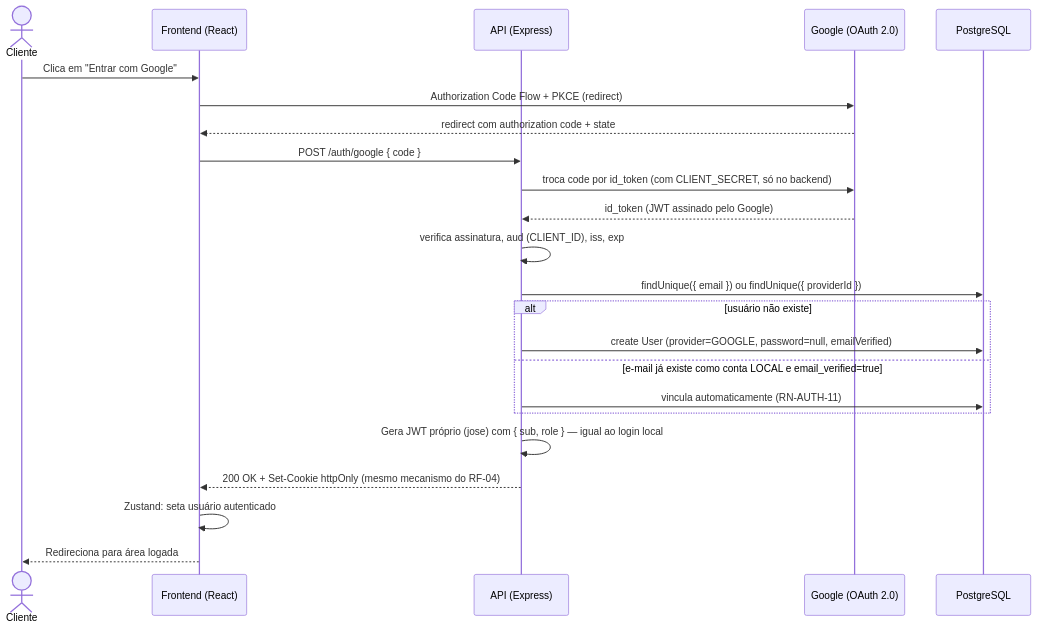
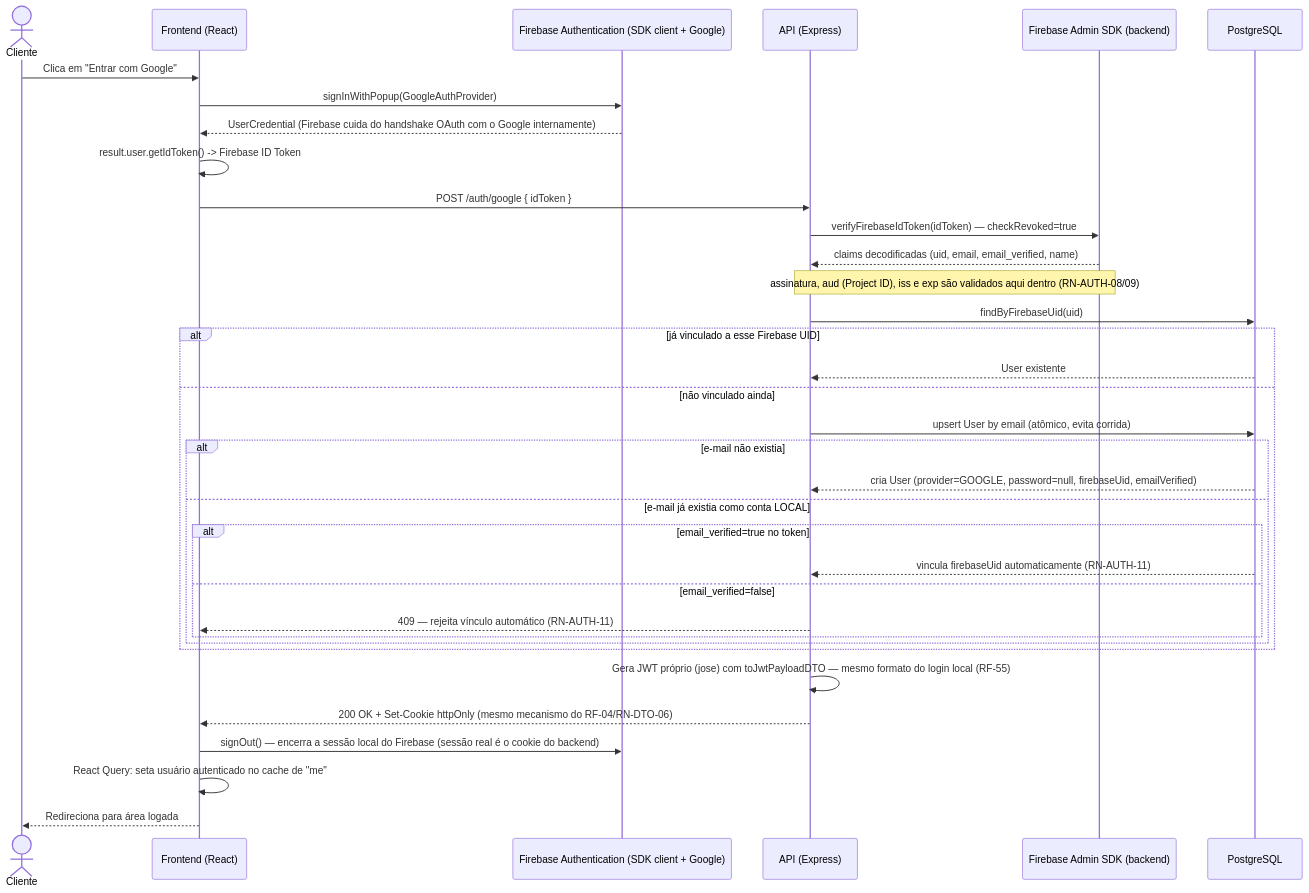
The fifth of 6 diagrams in docs/architecture/REGRAS_DE_NEGOCIO.md (DevWesleyMedeiros/casa-do-hamburger), drawn with Mermaid before and after one commit. The commit also changed other lines of this file, not shown here.

````diff
--- a/docs/architecture/REGRAS_DE_NEGOCIO.md
+++ b/docs/architecture/REGRAS_DE_NEGOCIO.md
@@ -745,26 +746,38 @@
 ```mermaid
 sequenceDiagram
     actor C as Cliente
     participant F as Frontend (React)
+    participant FB as Firebase Authentication (SDK client + Google)
     participant A as API (Express)
-    participant G as Google (OAuth 2.0)
+    participant FA as Firebase Admin SDK (backend)
     participant DB as PostgreSQL
 
     C->>F: Clica em "Entrar com Google"
-    F->>G: Authorization Code Flow + PKCE (redirect)
-    G-->>F: redirect com authorization code + state
-    F->>A: POST /auth/google { code }
-    A->>G: troca code por id_token (com CLIENT_SECRET, só no backend)
-    G-->>A: id_token (JWT assinado pelo Google)
-    A->>A: verifica assinatura, aud (CLIENT_ID), iss, exp
-    A->>DB: findUnique({ email }) ou findUnique({ providerId })
-    alt usuário não existe
-        A->>DB: create User (provider=GOOGLE, password=null, emailVerified)
-    else e-mail já existe como conta LOCAL e email_verified=true
-        A->>DB: vincula automaticamente (RN-AUTH-11)
+    F->>FB: signInWithPopup(GoogleAuthProvider)
+    FB-->>F: UserCredential (Firebase cuida do handshake OAuth com o Google internamente)
+    F->>F: result.user.getIdToken() -> Firebase ID Token
+    F->>A: POST /auth/google { idToken }
+    A->>FA: verifyFirebaseIdToken(idToken) — checkRevoked=true
+    FA-->>A: claims decodificadas (uid, email, email_verified, name)
+    Note over A,FA: assinatura, aud (Project ID), iss e exp são validados aqui dentro (RN-AUTH-08/09)
+    A->>DB: findByFirebaseUid(uid)
+    alt já vinculado a esse Firebase UID
+        DB-->>A: User existente
+    else não vinculado ainda
+        A->>DB: upsert User by email (atômico, evita corrida)
+        alt e-mail não existia
+            DB-->>A: cria User (provider=GOOGLE, password=null, firebaseUid, emailVerified)
+        else e-mail já existia como conta LOCAL
+            alt email_verified=true no token
+                DB-->>A: vincula firebaseUid automaticamente (RN-AUTH-11)
+            else email_verified=false
+                A-->>F: 409 — rejeita vínculo automático (RN-AUTH-11)
+            end
+        end
     end
-    A->>A: Gera JWT próprio (jose) com { sub, role } — igual ao login local
-    A-->>F: 200 OK + Set-Cookie httpOnly (mesmo mecanismo do RF-04)
-    F->>F: Zustand: seta usuário autenticado
+    A->>A: Gera JWT próprio (jose) com toJwtPayloadDTO — mesmo formato do login local (RF-55)
+    A-->>F: 200 OK + Set-Cookie httpOnly (mesmo mecanismo do RF-04/RN-DTO-06)
+    F->>FB: signOut() — encerra a sessão local do Firebase (sessão real é o cookie do backend)
+    F->>F: React Query: seta usuário autenticado no cache de "me"
     F-->>C: Redireciona para área logada
 ```
````
